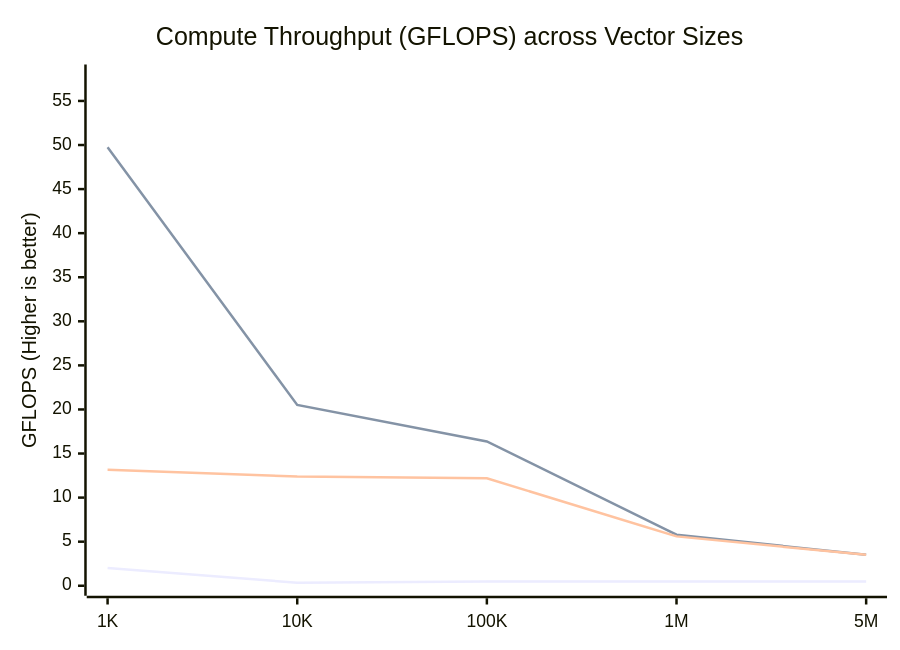
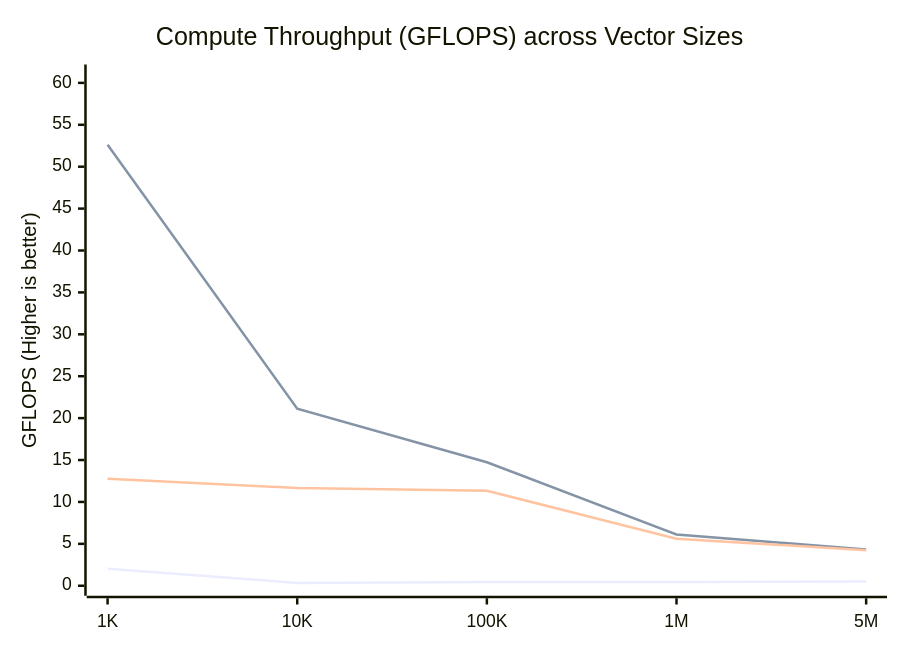
The first of 2 diagrams in docs/benchmarks.md (maithreyanprabhu2907-prog/Vector), drawn with Mermaid before and after one commit. The commit also changed other lines of this file and 3 other files, not shown here.

````diff
--- a/docs/benchmarks.md
+++ b/docs/benchmarks.md
@@ -58,9 +67,9 @@
 ```mermaid
 xychart-beta
     title "Compute Throughput (GFLOPS) across Vector Sizes"
     x-axis ["1K", "10K", "100K", "1M", "5M"]
-    y-axis "GFLOPS (Higher is better)" 0 --> 58
-    line [2.00, 0.35, 0.48, 0.48, 0.48]
-    line [49.74, 20.52, 16.37, 5.79, 3.51]
-    line [13.15, 12.40, 12.19, 5.60, 3.51]
+    y-axis "GFLOPS (Higher is better)" 0 --> 61
+    line [2.02, 0.34, 0.44, 0.46, 0.51]
+    line [52.63, 21.13, 14.74, 6.11, 4.33]
+    line [12.77, 11.67, 11.34, 5.60, 4.25]
 ```
````
